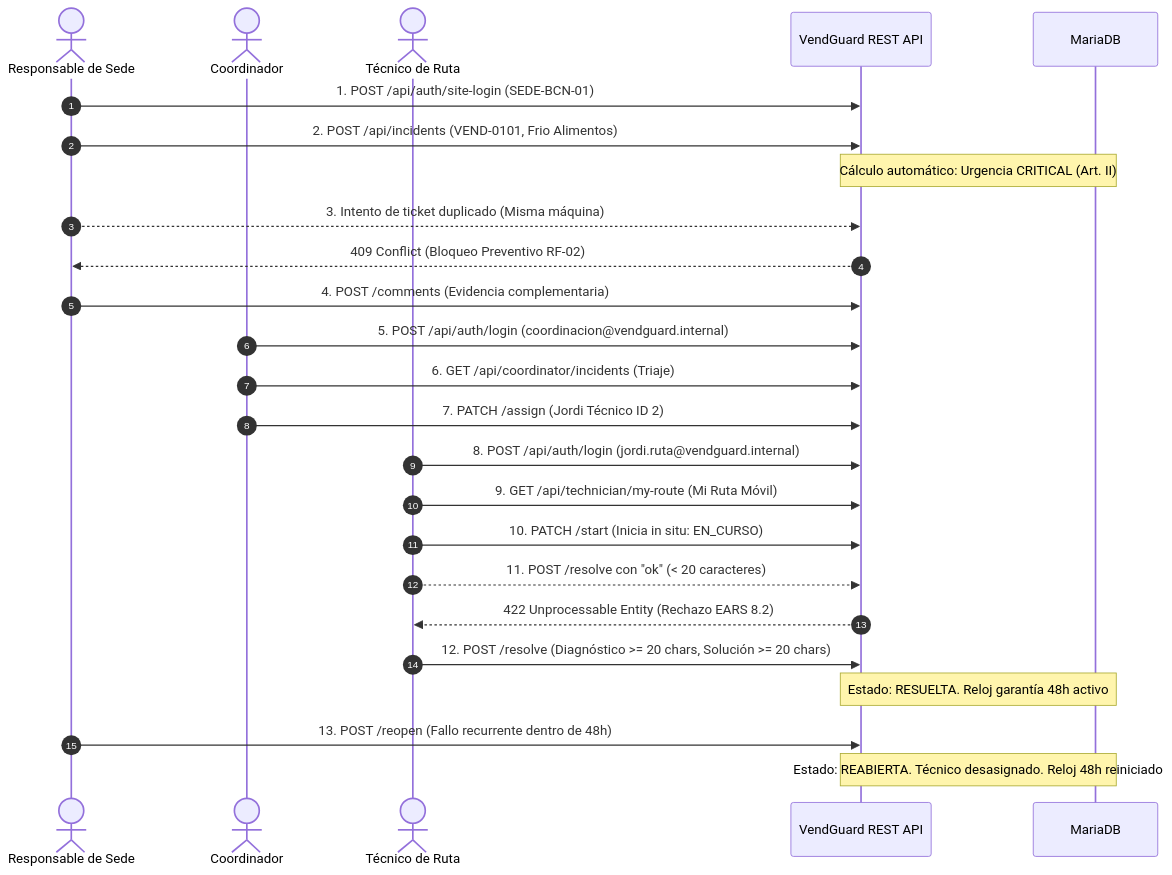
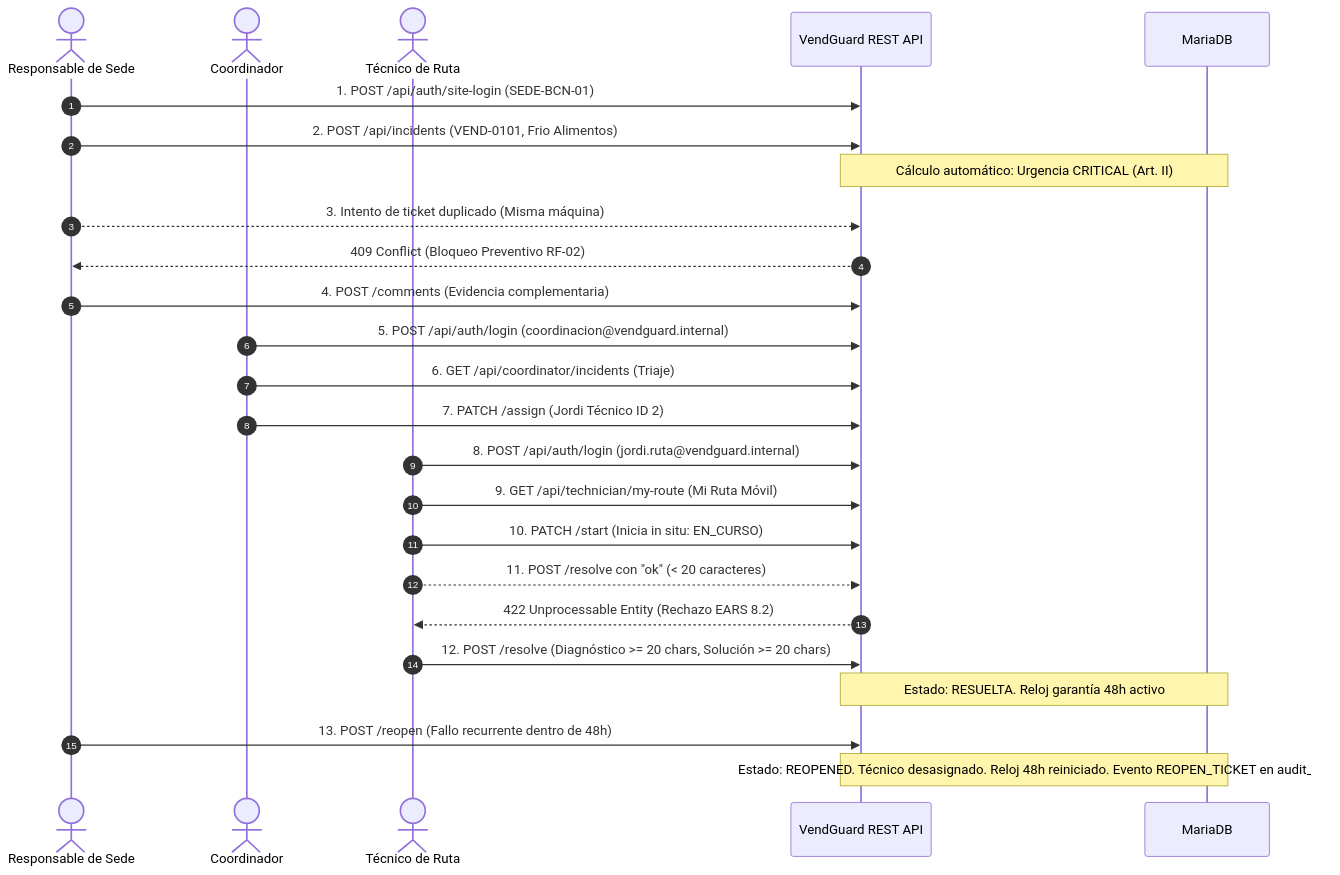
One commit to Rugsoft/VendGuard changed the diagram in docs/manual_e2e_verification.md. Above: the diagram before and after it, drawn with Mermaid. The commit also changed other lines of this file and 6 other files, not shown here.

First line of the commit message:
docs(specs): amend the reopen contract and the reopened-thread reading rules [F-1/F-2/F-3]

````diff
--- a/docs/manual_e2e_verification.md
+++ b/docs/manual_e2e_verification.md
@@ -13,28 +13,28 @@
 ```mermaid
 sequenceDiagram
     autonumber
     actor Resp as Responsable de Sede
     actor Coord as Coordinador
     actor Tech as Técnico de Ruta
     participant API as VendGuard REST API
     participant DB as MariaDB
 
     Resp->>API: 1. POST /api/auth/site-login (SEDE-BCN-01)
     Resp->>API: 2. POST /api/incidents (VEND-0101, Frio Alimentos)
     Note over API,DB: Cálculo automático: Urgencia CRITICAL (Art. II)
     Resp-->>API: 3. Intento de ticket duplicado (Misma máquina)
     API-->>Resp: 409 Conflict (Bloqueo Preventivo RF-02)
     Resp->>API: 4. POST /comments (Evidencia complementaria)
     Coord->>API: 5. POST /api/auth/login (coordinacion@vendguard.internal)
     Coord->>API: 6. GET /api/coordinator/incidents (Triaje)
     Coord->>API: 7. PATCH /assign (Jordi Técnico ID 2)
     Tech->>API: 8. POST /api/auth/login (jordi.ruta@vendguard.internal)
     Tech->>API: 9. GET /api/technician/my-route (Mi Ruta Móvil)
     Tech->>API: 10. PATCH /start (Inicia in situ: EN_CURSO)
     Tech-->>API: 11. POST /resolve con "ok" (< 20 caracteres)
     API-->>Tech: 422 Unprocessable Entity (Rechazo EARS 8.2)
     Tech->>API: 12. POST /resolve (Diagnóstico >= 20 chars, Solución >= 20 chars)
     Note over API,DB: Estado: RESUELTA. Reloj garantía 48h activo
     Resp->>API: 13. POST /reopen (Fallo recurrente dentro de 48h)
-    Note over API,DB: Estado: REABIERTA. Técnico desasignado. Reloj 48h reiniciado
+    Note over API,DB: Estado: REOPENED. Técnico desasignado. Reloj 48h reiniciado. Evento REOPEN_TICKET en audit_log
 ```
````
